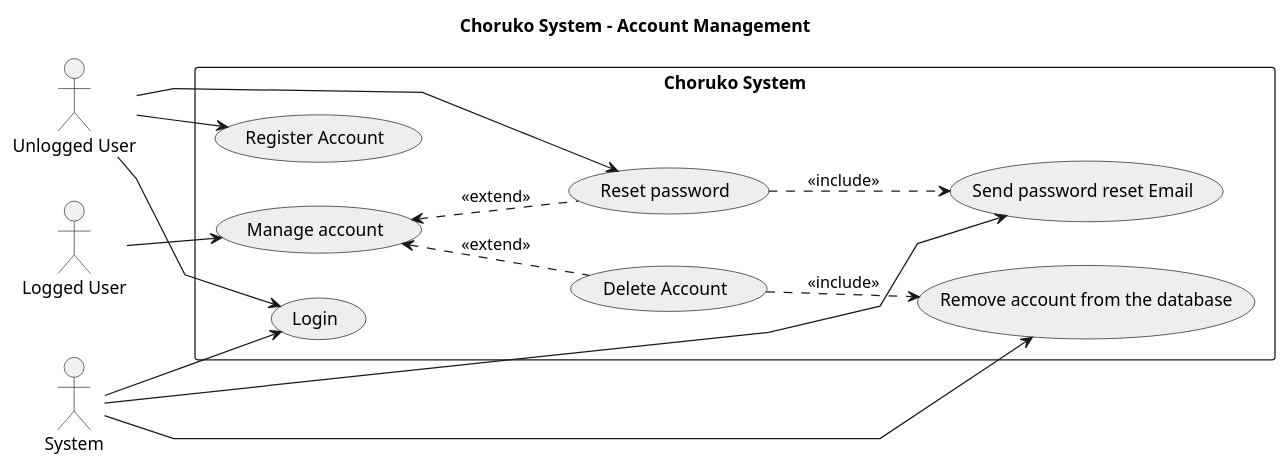
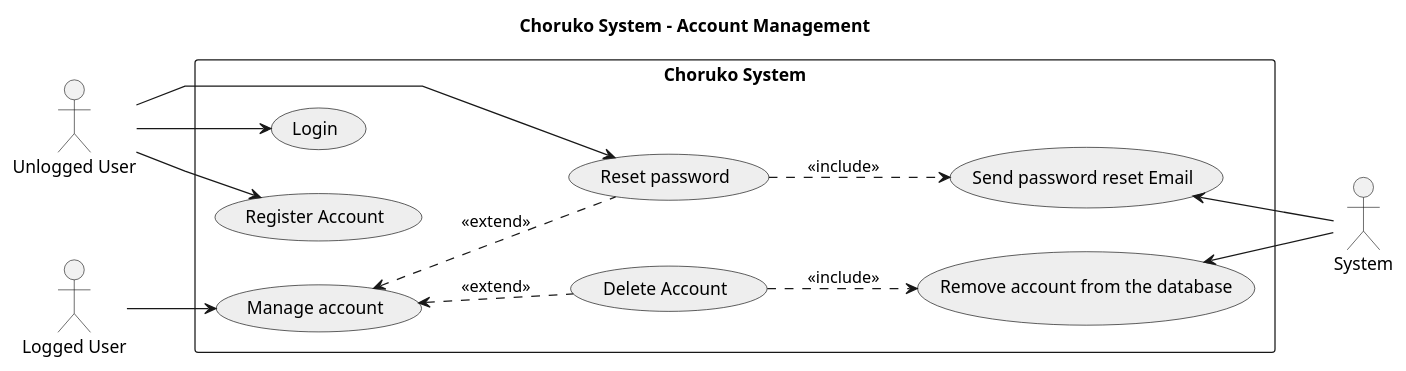
One commit to psampir/choruko changed the diagram in docs/UML/use-case-diagrams/account-management-diagram.puml. Above: the diagram before and after it, drawn with PlantUML.

Commit message:
fix/system positioning

```diff
--- a/docs/UML/use-case-diagrams/account-management-diagram.puml
+++ b/docs/UML/use-case-diagrams/account-management-diagram.puml
@@ -1,36 +1,35 @@
 @startuml account-management
 
 title Choruko System - Account Management
 skinparam usecaseBorderColor #000000
 skinparam usecaseBackgroundColor #EEEEEE
 skinparam packageStyle rectangle
 skinparam linetype polyline
 left to right direction
 
 :Unlogged User: as u_user
 :Logged User: as l_user
 :System: as system
 
 rectangle "Choruko System" {
   usecase "Login" as UC1
   usecase "Register Account" as UC2
   usecase "Delete Account" as UC3
   usecase "Manage account" as UC5
   usecase "Reset password" as UC6
   usecase "Send password reset Email" as UC7
   usecase "Remove account from the database" as UC8
 }
 
 u_user --> UC1
 u_user --> UC2
 u_user --> UC6
 l_user --> UC5
 UC5 <.. UC3 : <<extend>>
 UC5 <.. UC6 : <<extend>>
 UC6 ..> UC7 : <<include>>
 UC3 ..> UC8 : <<include>>
-system --> UC1
-system --> UC7
-system --> UC8
+UC7 <-- system 
+UC8 <-- system
 
 @enduml
```
